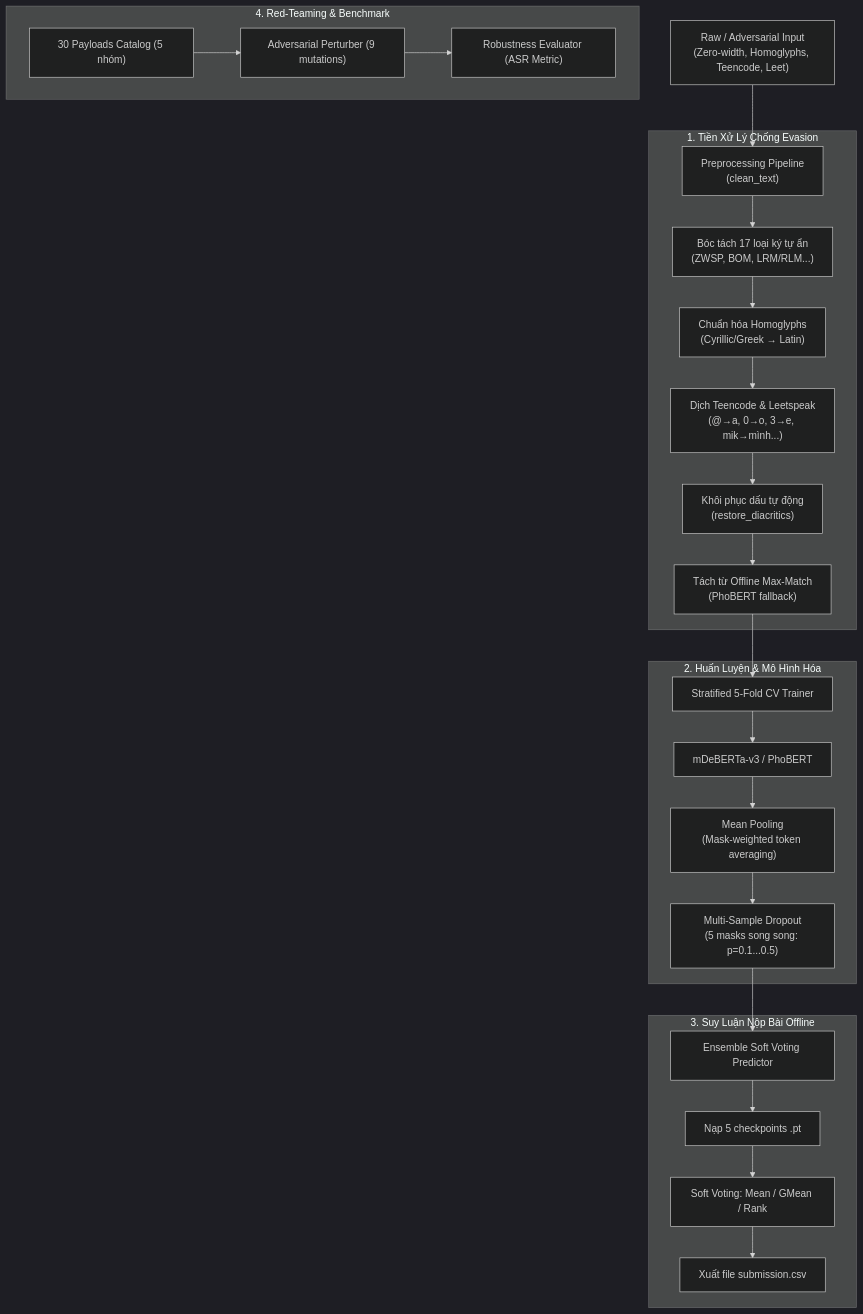
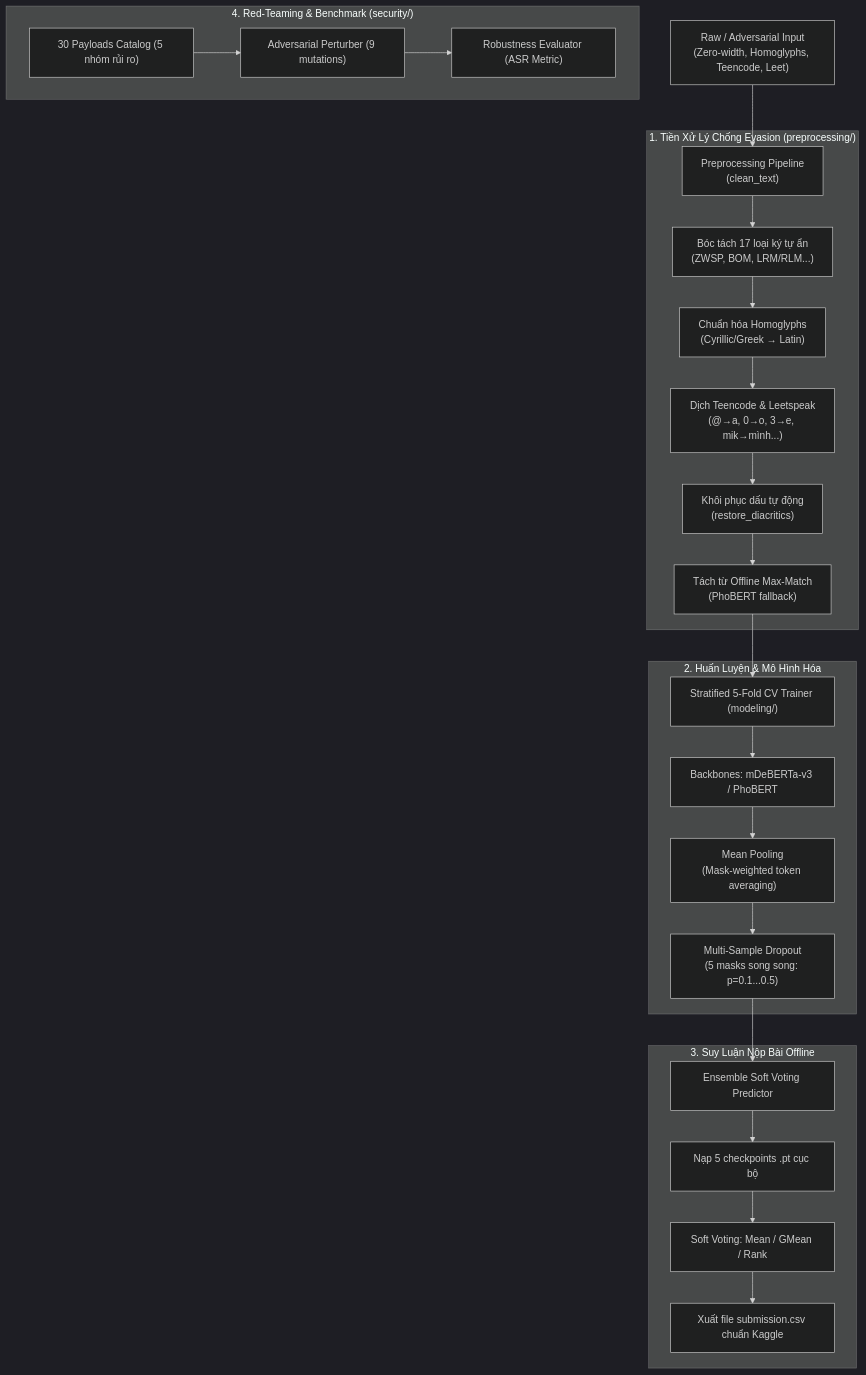
The diagram in README.md (linh-nguyen123/RmitHackathon2026), drawn with Mermaid (dark theme) before and after one commit. The commit also changed other lines of this file, not shown here.

Commit message:
docs: comprehensive README overhaul with badges, problem statement, threat matrix, benchmark tables, and Kaggle checklist

````diff
--- a/README.md
+++ b/README.md
@@ -9,38 +31,38 @@
 ```mermaid
 flowchart TD
     A["Raw / Adversarial Input<br/>(Zero-width, Homoglyphs, Teencode, Leet)"] --> B["Preprocessing Pipeline<br/>(clean_text)"]
     
-    subgraph Preprocessing ["1. Tiền Xử Lý Chống Evasion"]
+    subgraph Preprocessing ["1. Tiền Xử Lý Chống Evasion (preprocessing/)"]
         B1["Bóc tách 17 loại ký tự ẩn<br/>(ZWSP, BOM, LRM/RLM...)"]
         B2["Chuẩn hóa Homoglyphs<br/>(Cyrillic/Greek → Latin)"]
         B3["Dịch Teencode & Leetspeak<br/>(@→a, 0→o, 3→e, mik→mình...)"]
         B4["Khôi phục dấu tự động<br/>(restore_diacritics)"]
         B5["Tách từ Offline Max-Match<br/>(PhoBERT fallback)"]
         B --> B1 --> B2 --> B3 --> B4 --> B5
     end
 
-    B5 --> C["Stratified 5-Fold CV Trainer"]
+    B5 --> C["Stratified 5-Fold CV Trainer (modeling/)"]
     
     subgraph Modeling ["2. Huấn Luyện & Mô Hình Hóa"]
-        C1["mDeBERTa-v3 / PhoBERT"]
+        C1["Backbones: mDeBERTa-v3 / PhoBERT"]
         C2["Mean Pooling<br/>(Mask-weighted token averaging)"]
         C3["Multi-Sample Dropout<br/>(5 masks song song: p=0.1...0.5)"]
         C --> C1 --> C2 --> C3
     end
 
     C3 --> D["Ensemble Soft Voting Predictor"]
     
     subgraph Inference ["3. Suy Luận Nộp Bài Offline"]
-        D1["Nạp 5 checkpoints .pt"]
+        D1["Nạp 5 checkpoints .pt cục bộ"]
         D2["Soft Voting: Mean / GMean / Rank"]
-        D3["Xuất file submission.csv"]
+        D3["Xuất file submission.csv chuẩn Kaggle"]
         D --> D1 --> D2 --> D3
     end
 
-    subgraph Security ["4. Red-Teaming & Benchmark"]
-        E1["30 Payloads Catalog (5 nhóm)"]
+    subgraph Security ["4. Red-Teaming & Benchmark (security/)"]
+        E1["30 Payloads Catalog (5 nhóm rủi ro)"]
         E2["Adversarial Perturber (9 mutations)"]
         E3["Robustness Evaluator (ASR Metric)"]
         E1 --> E2 --> E3
     end
 ```
````
